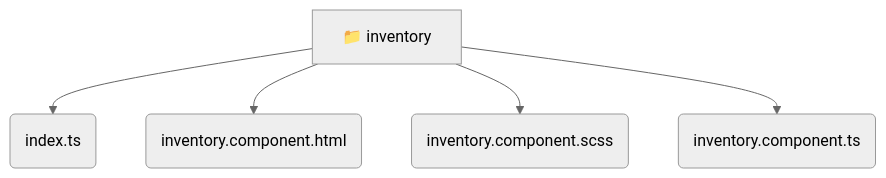
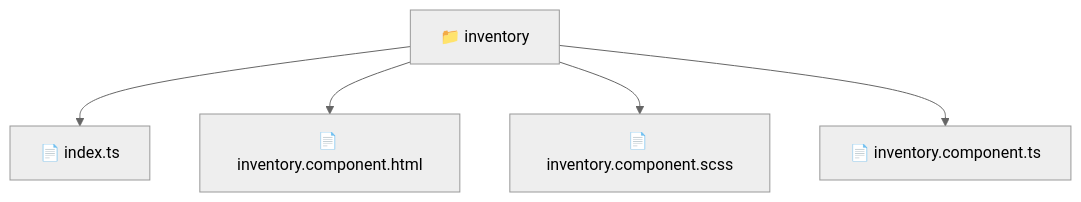
Before and after one commit to beginwebdev2002/fullstack-mavluda: the diagram in frontend/src/pages/inventory/README.md, drawn with Mermaid (neutral theme). The commit also changed other lines of this file and 163 other files, not shown here.

````diff
--- a/frontend/src/pages/inventory/README.md
+++ b/frontend/src/pages/inventory/README.md
@@ -11,8 +10,8 @@
 ```mermaid
 graph TD
-  inventory[📁 inventory]
-  inventory --> inventory_index_ts(index.ts)
-  inventory --> inventory_inventory_component_html(inventory.component.html)
-  inventory --> inventory_inventory_component_scss(inventory.component.scss)
-  inventory --> inventory_inventory_component_ts(inventory.component.ts)
+  Root["📁 inventory"]
+  Root --> indexts["📄 index.ts"]
+  Root --> inventorycomponenthtml["📄 inventory.component.html"]
+  Root --> inventorycomponentscss["📄 inventory.component.scss"]
+  Root --> inventorycomponentts["📄 inventory.component.ts"]
 ```
````
